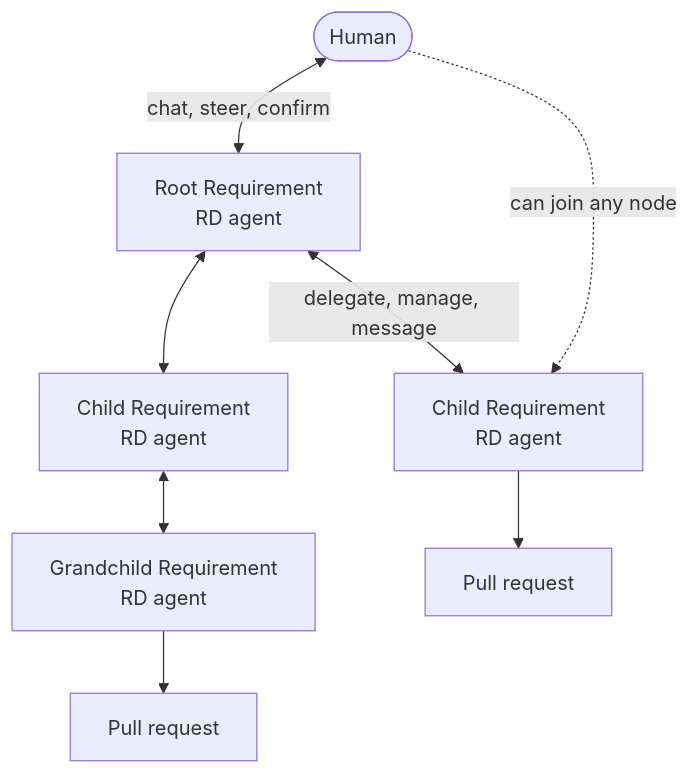
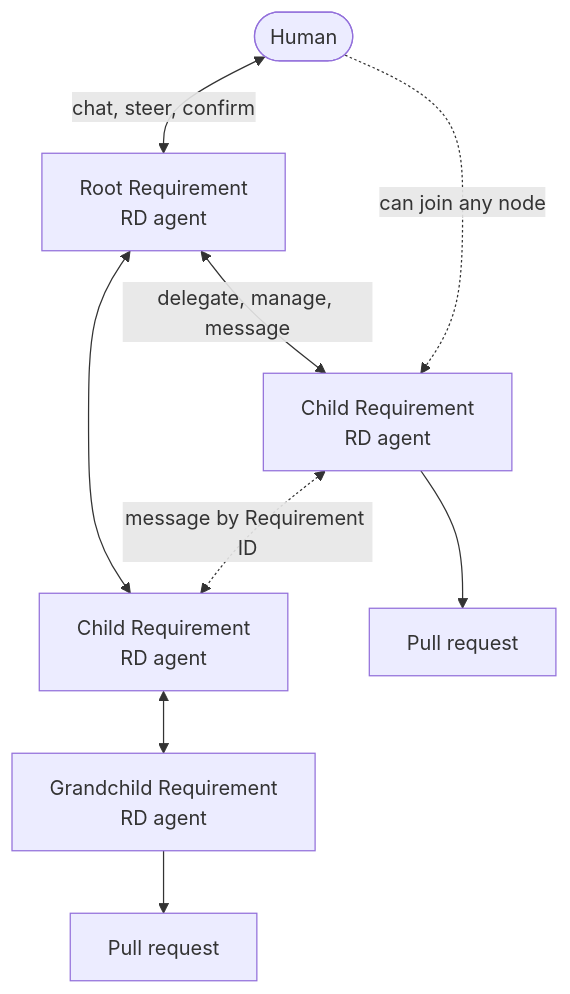
Before and after one commit to luohaha/code-factory: the diagram in README.md, drawn with Mermaid. The commit also changed other lines of this file and 11 other files, not shown here.

Commit message:
Allow RD agents to message any known Requirement

````diff
--- a/README.md
+++ b/README.md
@@ -22,10 +22,11 @@
 ```mermaid
 flowchart TD
     H([Human]) <-->|chat, steer, confirm| R[Root Requirement<br/>RD agent]
     R <-->|delegate, manage, message| C1[Child Requirement<br/>RD agent]
     R <--> C2[Child Requirement<br/>RD agent]
+    C1 <-.->|message by Requirement ID| C2
     C2 <--> G[Grandchild Requirement<br/>RD agent]
     H -.->|can join any node| C1
     C1 --> PR1[Pull request]
     G --> PR2[Pull request]
 ```
````
